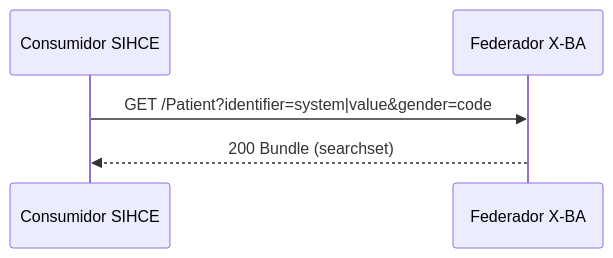
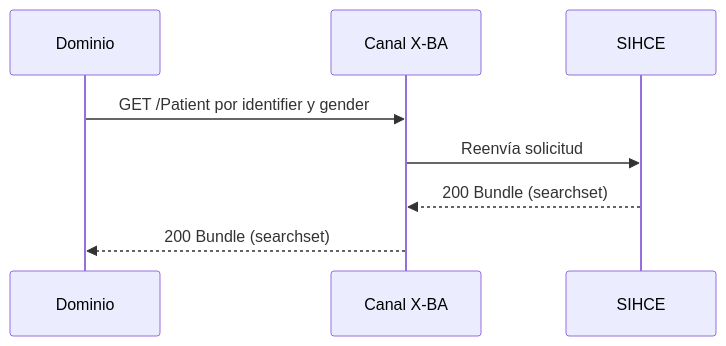
Before and after one commit to HL7-AR/sihce-ig: the second of 9 diagrams in input/pagecontent/CasosDeUso.md, drawn with Mermaid. The commit also changed other lines of this file and 966 other files, not shown here.

First line of the commit message:
Aclarar arquitectura SIHCE/Canal X-BA y alinear ejemplos de lab/epicrisis.

````diff
--- a/input/pagecontent/CasosDeUso.md
+++ b/input/pagecontent/CasosDeUso.md
@@ -29,7 +34,10 @@
 ```mermaid
 sequenceDiagram
-  participant C as Consumidor SIHCE
-  participant X as Federador X-BA
-  C->>X: GET /Patient?identifier=system|value&gender=code
+  participant C as Dominio
+  participant X as Canal X-BA
+  participant S as SIHCE
+  C->>X: GET /Patient por identifier y gender
+  X->>S: Reenvía solicitud
+  S-->>X: 200 Bundle (searchset)
   X-->>C: 200 Bundle (searchset)
 ```
````
